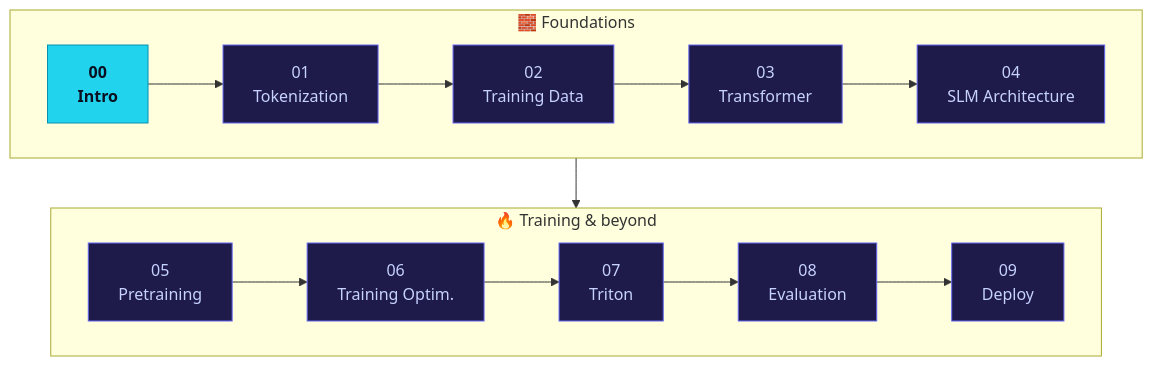
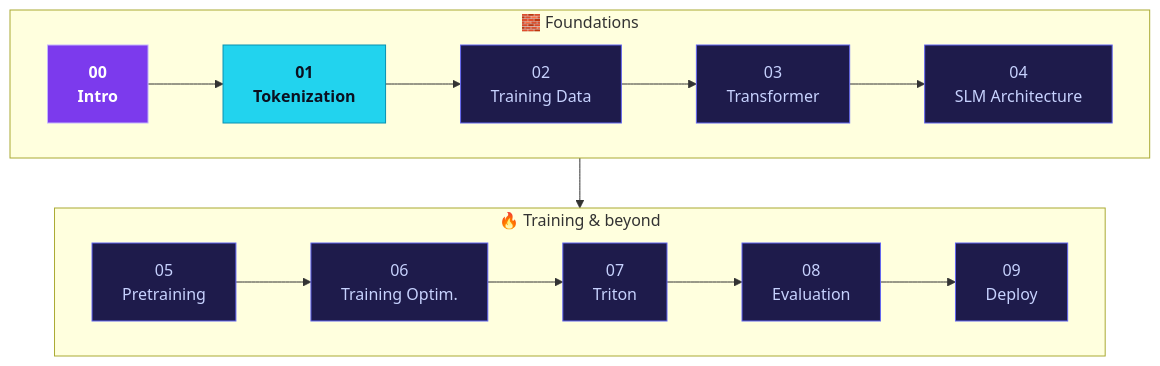
The fifth of 6 diagrams in intro-to-slms.md (Krishil-Parikh/all-about-slms), drawn with Mermaid before and after one commit. The commit also changed other lines of this file and 17 other files, not shown here.

````diff
--- a/intro-to-slms.md
+++ b/intro-to-slms.md
@@ -759,17 +759,19 @@
 ```mermaid
 flowchart TB
     subgraph F1 ["🧱 Foundations"]
         direction LR
         M0["00<br/>Intro"] --> M1["01<br/>Tokenization"] --> M2["02<br/>Training Data"] --> M3["03<br/>Transformer"] --> M4["04<br/>SLM Architecture"]
     end
     subgraph F2 ["🔥 Training & beyond"]
         direction LR
         M5["05<br/>Pretraining"] --> M6["06<br/>Training Optim."] --> M7["07<br/>Triton"] --> M8["08<br/>Evaluation"] --> M9["09<br/>Deploy"]
     end
     F1 --> F2
 
+    classDef done fill:#7c3aed,stroke:#c4b5fd,color:#ffffff,font-weight:bold
     classDef now fill:#22d3ee,stroke:#0891b2,color:#0b1020,font-weight:bold
     classDef todo fill:#1e1b4b,stroke:#6366f1,color:#c7d2fe
-    class M0 now
-    class M1,M2,M3,M4,M5,M6,M7,M8,M9 todo
+    class M0 done
+    class M1 now
+    class M2,M3,M4,M5,M6,M7,M8,M9 todo
 ```
````
